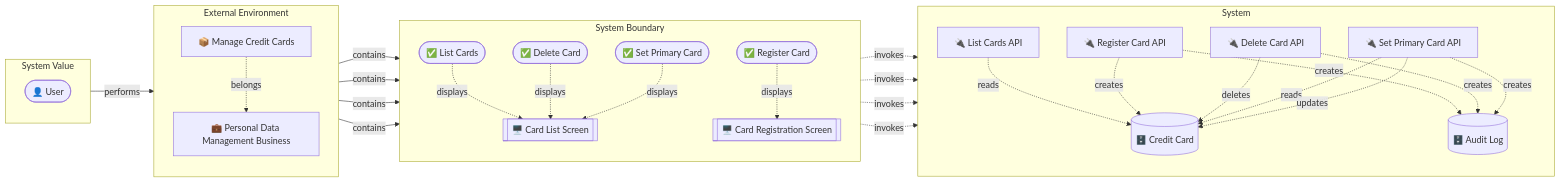
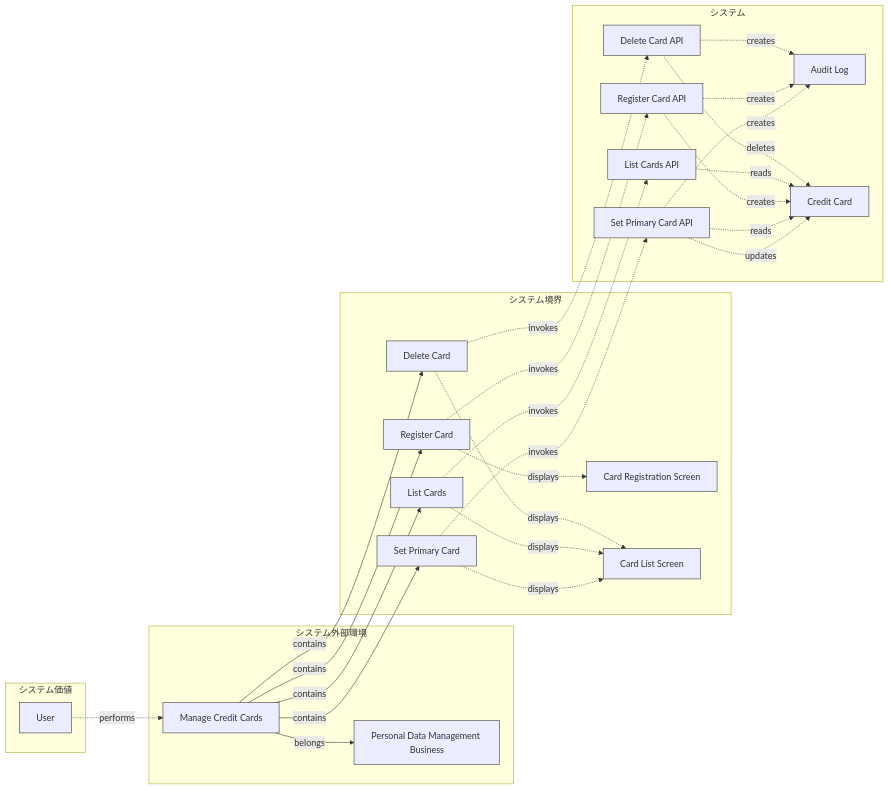
One commit to manji-0/rdra-ish-dsl changed the diagram in samples/personal-info/out/rdra_buc_buccard.mmd. Above: the diagram before and after it, drawn with Mermaid. The commit also changed 35 other files, not shown here.

First line of the commit message:
feat(cli)!: write the rdra diagram under the encoding contract

```diff
--- a/samples/personal-info/out/rdra_buc_buccard.mmd
+++ b/samples/personal-info/out/rdra_buc_buccard.mmd
@@ -1,50 +1,57 @@
+%% rdra-ish diagram=rdra scope=buc:BucCard model=samples/personal-info
+%% layers: value=システム価値 environment=システム外部環境 boundary=システム境界 system=システム
+%% kinds: actor business buc usecase screen api entity
+%% omitted: (none)
 flowchart LR
-  subgraph layer_value[System Value]
-    direction TB
-    User(["👤 User"])
+  subgraph layer_value["システム価値"]
+    actor__User["User"]:::actor
   end
-  subgraph layer_environment[External Environment]
-    direction TB
-    PersonalDataMgmt["💼 Personal Data Management Business"]
-    BucCard["📦 Manage Credit Cards"]
+  subgraph layer_environment["システム外部環境"]
+    business__PersonalDataMgmt["Personal Data Management Business"]:::business
+    buc__BucCard["Manage Credit Cards"]:::buc
   end
-  subgraph layer_boundary[System Boundary]
-    direction TB
-    DeleteCard(["✅ Delete Card"])
-    ListCards(["✅ List Cards"])
-    RegisterCard(["✅ Register Card"])
-    SetPrimaryCard(["✅ Set Primary Card"])
-    CardAddScreen[["🖥️ Card Registration Screen"]]
-    CardListScreen[["🖥️ Card List Screen"]]
+  subgraph layer_boundary["システム境界"]
+    usecase__DeleteCard["Delete Card"]:::usecase
+    usecase__ListCards["List Cards"]:::usecase
+    usecase__RegisterCard["Register Card"]:::usecase
+    usecase__SetPrimaryCard["Set Primary Card"]:::usecase
+    screen__CardAddScreen["Card Registration Screen"]:::screen
+    screen__CardListScreen["Card List Screen"]:::screen
   end
-  subgraph layer_system[System]
-    direction TB
-    DeleteCardApi["🔌 Delete Card API"]
-    ListCardsApi["🔌 List Cards API"]
-    RegisterCardApi["🔌 Register Card API"]
-    SetPrimaryCardApi["🔌 Set Primary Card API"]
-    AuditLog[("🗄️ Audit Log")]
-    CreditCard[("🗄️ Credit Card")]
+  subgraph layer_system["システム"]
+    api__DeleteCardApi["Delete Card API"]:::api
+    api__ListCardsApi["List Cards API"]:::api
+    api__RegisterCardApi["Register Card API"]:::api
+    api__SetPrimaryCardApi["Set Primary Card API"]:::api
+    entity__AuditLog["Audit Log"]:::entity
+    entity__CreditCard["Credit Card"]:::entity
   end
-  User -->|performs| BucCard
-  ListCardsApi -.->|reads| CreditCard
-  RegisterCardApi -.->|creates| CreditCard
-  RegisterCardApi -.->|creates| AuditLog
-  DeleteCardApi -.->|creates| AuditLog
-  DeleteCardApi -.->|deletes| CreditCard
-  SetPrimaryCardApi -.->|creates| AuditLog
-  SetPrimaryCardApi -.->|reads| CreditCard
-  SetPrimaryCardApi -.->|updates| CreditCard
-  BucCard -.->|belongs| PersonalDataMgmt
-  BucCard -->|contains| ListCards
-  BucCard -->|contains| RegisterCard
-  BucCard -->|contains| DeleteCard
-  BucCard -->|contains| SetPrimaryCard
-  ListCards -.->|displays| CardListScreen
-  ListCards -.->|invokes| ListCardsApi
-  RegisterCard -.->|displays| CardAddScreen
-  RegisterCard -.->|invokes| RegisterCardApi
-  DeleteCard -.->|displays| CardListScreen
-  DeleteCard -.->|invokes| DeleteCardApi
-  SetPrimaryCard -.->|displays| CardListScreen
-  SetPrimaryCard -.->|invokes| SetPrimaryCardApi
+  actor__User -.->|performs| buc__BucCard
+  api__DeleteCardApi -.->|creates| entity__AuditLog
+  api__DeleteCardApi -.->|deletes| entity__CreditCard
+  api__ListCardsApi -.->|reads| entity__CreditCard
+  api__RegisterCardApi -.->|creates| entity__AuditLog
+  api__RegisterCardApi -.->|creates| entity__CreditCard
+  api__SetPrimaryCardApi -.->|creates| entity__AuditLog
+  api__SetPrimaryCardApi -.->|reads| entity__CreditCard
+  api__SetPrimaryCardApi -.->|updates| entity__CreditCard
+  buc__BucCard -->|belongs| business__PersonalDataMgmt
+  buc__BucCard -->|contains| usecase__DeleteCard
+  buc__BucCard -->|contains| usecase__ListCards
+  buc__BucCard -->|contains| usecase__RegisterCard
+  buc__BucCard -->|contains| usecase__SetPrimaryCard
+  usecase__DeleteCard -.->|displays| screen__CardListScreen
+  usecase__DeleteCard -.->|invokes| api__DeleteCardApi
+  usecase__ListCards -.->|displays| screen__CardListScreen
+  usecase__ListCards -.->|invokes| api__ListCardsApi
+  usecase__RegisterCard -.->|displays| screen__CardAddScreen
+  usecase__RegisterCard -.->|invokes| api__RegisterCardApi
+  usecase__SetPrimaryCard -.->|displays| screen__CardListScreen
+  usecase__SetPrimaryCard -.->|invokes| api__SetPrimaryCardApi
+  classDef actor stroke:#333;
+  classDef business stroke:#333;
+  classDef buc stroke:#333;
+  classDef usecase stroke:#333;
+  classDef screen stroke:#333;
+  classDef api stroke:#333;
+  classDef entity stroke:#333;
```
